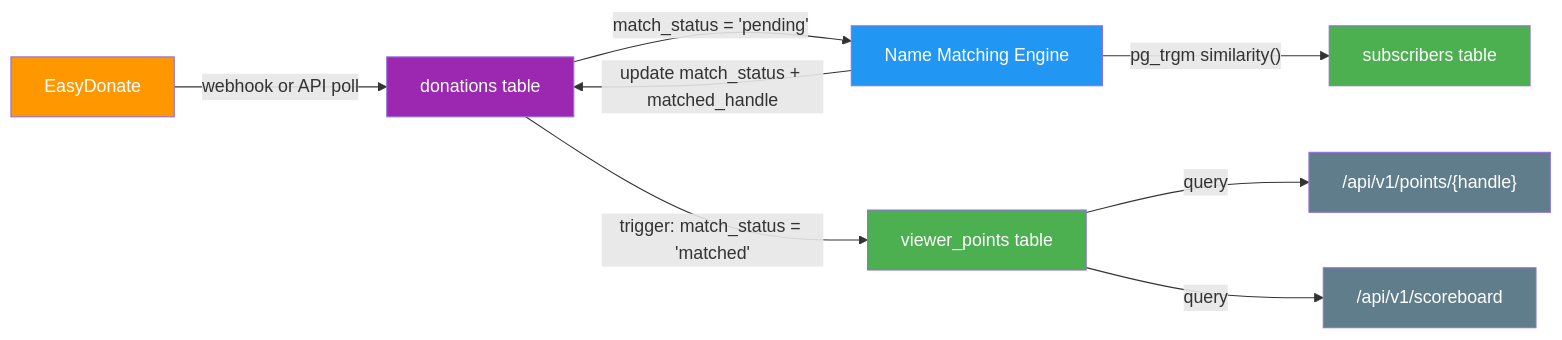
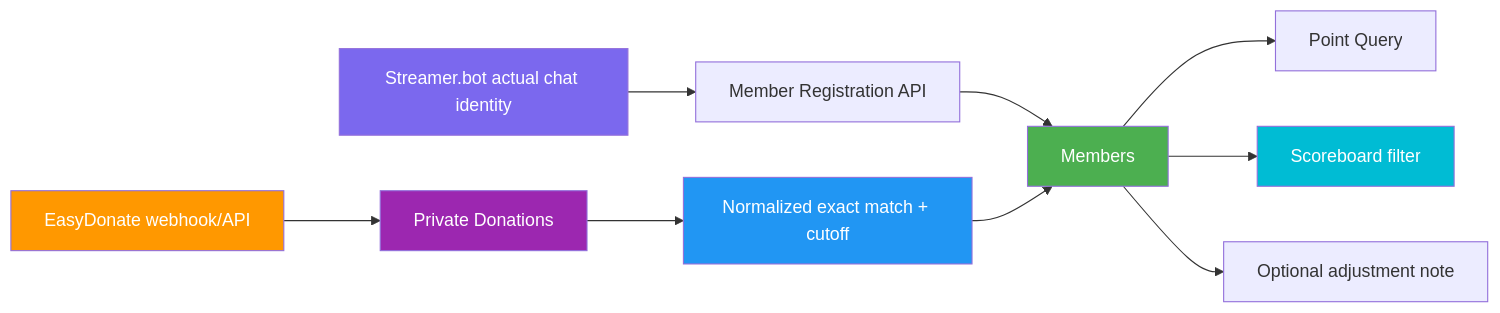
Before and after one commit to oat431/document_template: the second of 2 diagrams in external_spec/deerngo_bot/02_design/024_ERD.md, drawn with Mermaid. The commit also changed other lines of this file and 32 other files, not shown here.

````diff
--- a/external_spec/deerngo_bot/02_design/024_ERD.md
+++ b/external_spec/deerngo_bot/02_design/024_ERD.md
@@ -183,18 +158,18 @@
 ```mermaid
 flowchart LR
-    ED[EasyDonate] -->|webhook or API poll| DON[donations table]
-    DON -->|match_status = 'pending'| MATCH[Name Matching Engine]
-    MATCH -->|"pg_trgm similarity()"| SUB[subscribers table]
-    MATCH -->|update match_status + matched_handle| DON
-    DON -->|trigger: match_status = 'matched'| VP[viewer_points table]
-    VP -->|query| API["/api/v1/points/{handle}"]
-    VP -->|query| SCORE["/api/v1/scoreboard"]
+    CHAT[Streamer.bot actual chat identity] --> REG[Member Registration API]
+    REG --> M[Members]
+    ED[EasyDonate webhook/API] --> D[Private Donations]
+    D --> MATCH[Normalized exact match + cutoff]
+    MATCH --> M
+    M --> POINT[Point Query]
+    M --> SCORE[Scoreboard filter]
+    M --> NOTE[Optional adjustment note]
 
+    style CHAT fill:#7B68EE,color:#fff
     style ED fill:#FF9800,color:#fff
-    style DON fill:#9C27B0,color:#fff
+    style M fill:#4CAF50,color:#fff
+    style D fill:#9C27B0,color:#fff
     style MATCH fill:#2196F3,color:#fff
-    style SUB fill:#4CAF50,color:#fff
-    style VP fill:#4CAF50,color:#fff
-    style API fill:#607D8B,color:#fff
-    style SCORE fill:#607D8B,color:#fff
+    style SCORE fill:#00BCD4,color:#fff
 ```
````
